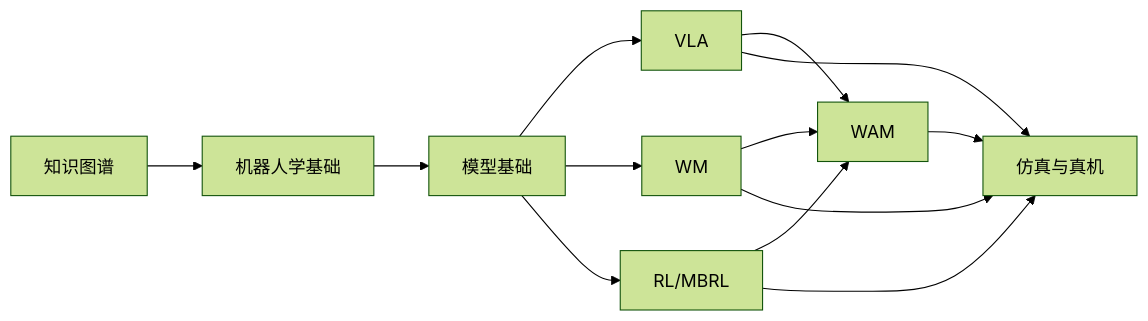
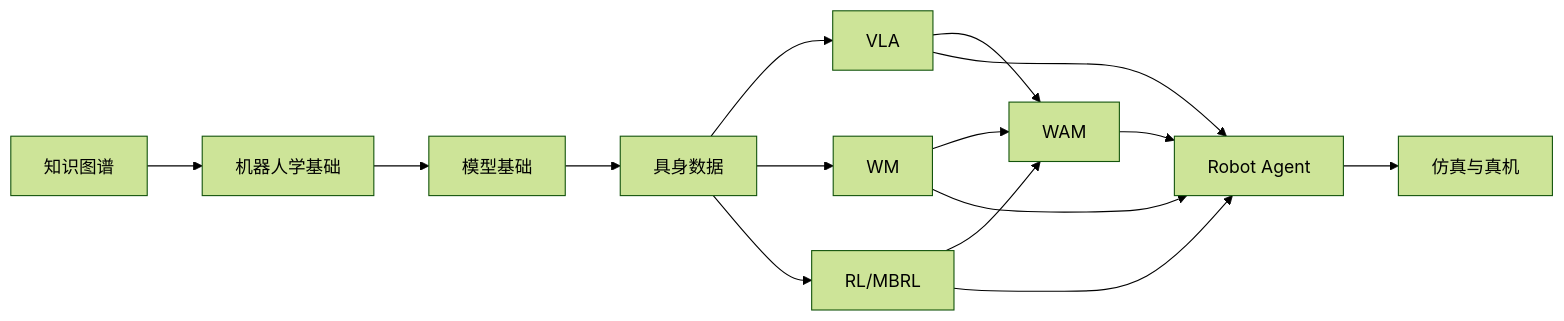
One commit to ppsdk/Embodied-AI-Start changed the third of 3 diagrams in docs/knowledge-map.md. Above: the diagram before and after it, drawn with Mermaid (forest theme). The commit also changed other lines of this file and 11 other files, not shown here.

Commit message:
docs: add embodied data and robot agent guides

````diff
--- a/docs/knowledge-map.md
+++ b/docs/knowledge-map.md
@@ -100,15 +117,17 @@
 ```mermaid
 flowchart LR
     K[知识图谱] --> R[机器人学基础]
     R --> M[模型基础]
-    M --> VLA[VLA]
-    M --> WM[WM]
-    M --> RL[RL/MBRL]
+    M --> D[具身数据]
+    D --> VLA[VLA]
+    D --> WM[WM]
+    D --> RL[RL/MBRL]
     VLA --> WAM[WAM]
     WM --> WAM
     RL --> WAM
-    VLA --> REAL[仿真与真机]
-    WM --> REAL
-    RL --> REAL
-    WAM --> REAL
+    VLA --> AGENT[Robot Agent]
+    WM --> AGENT
+    RL --> AGENT
+    WAM --> AGENT
+    AGENT --> REAL[仿真与真机]
 ```
````
